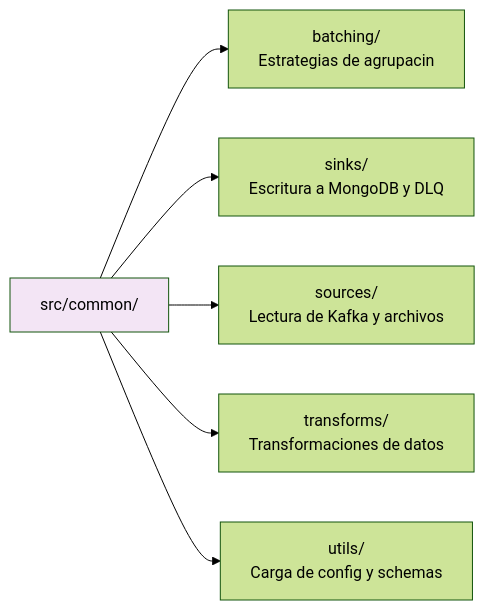
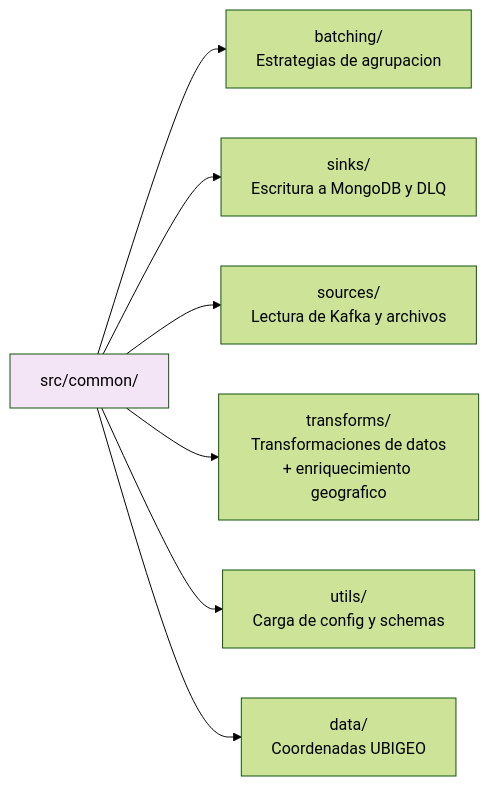
Before and after one commit to arthur8davis/tfm-dataflow-architecture: the third of 3 diagrams in ESTRUCTURA_LIMPIA.md, drawn with Mermaid (forest theme). The commit also changed other lines of this file and 9 other files, not shown here.

````diff
--- a/ESTRUCTURA_LIMPIA.md
+++ b/ESTRUCTURA_LIMPIA.md
@@ -114,10 +96,11 @@
 ```mermaid
 flowchart LR
-    Common["src/common/"] --> Batching["batching/\nEstrategias de agrupacin"]
+    Common["src/common/"] --> Batching["batching/\nEstrategias de agrupacion"]
     Common --> Sinks["sinks/\nEscritura a MongoDB y DLQ"]
     Common --> Sources["sources/\nLectura de Kafka y archivos"]
-    Common --> Transforms["transforms/\nTransformaciones de datos"]
+    Common --> Transforms["transforms/\nTransformaciones de datos\n+ enriquecimiento geografico"]
     Common --> Utils["utils/\nCarga de config y schemas"]
+    Common --> Data["data/\nCoordenadas UBIGEO"]
 
     style Common fill:#f3e5f5
 ```
````
